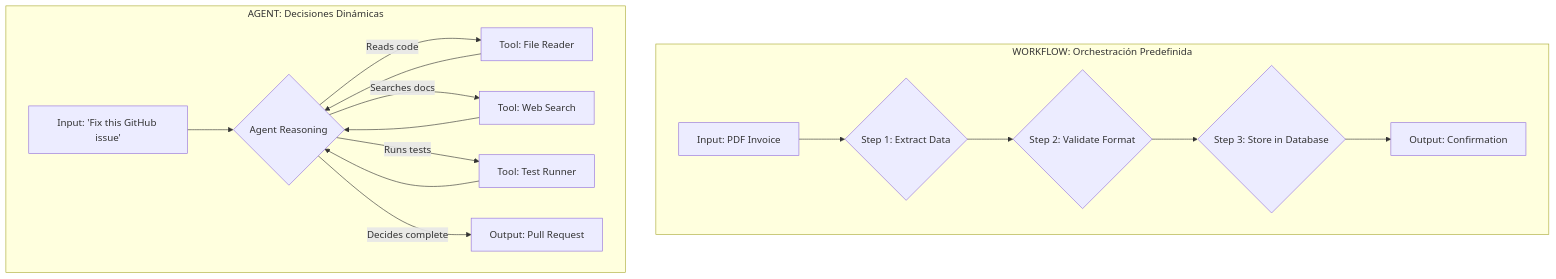
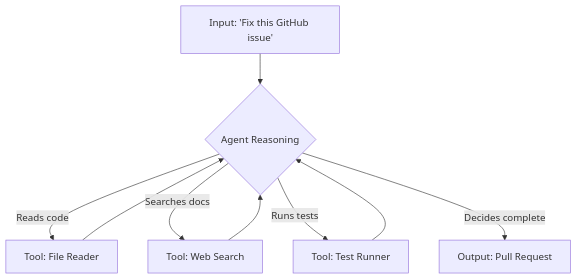
Before and after one commit to ign24/agents: the second of 22 diagrams in agent-systems-guide-jan2026.md, drawn with Mermaid. The commit also changed other lines of this file, not shown here.

Commit message:
Dividir diagrama Workflows vs Agents en dos grÃ¡ficos

````diff
--- a/agent-systems-guide-jan2026.md
+++ b/agent-systems-guide-jan2026.md
@@ -68,20 +80,11 @@
 ```mermaid
 graph TB
-    subgraph "WORKFLOW: Orchestración Predefinida"
-        W1[Input: PDF Invoice] --> W2{Step 1: Extract Data}
-        W2 --> W3{Step 2: Validate Format}
-        W3 --> W4{Step 3: Store in Database}
-        W4 --> W5[Output: Confirmation]
-    end
-    
-    subgraph "AGENT: Decisiones Dinámicas"
-        A1[Input: 'Fix this GitHub issue'] --> A2{Agent Reasoning}
-        A2 -->|Reads code| T1[Tool: File Reader]
-        T1 --> A2
-        A2 -->|Searches docs| T2[Tool: Web Search]
-        T2 --> A2
-        A2 -->|Runs tests| T3[Tool: Test Runner]
-        T3 --> A2
-        A2 -->|Decides complete| A3[Output: Pull Request]
-    end
+    A1[Input: 'Fix this GitHub issue'] --> A2{Agent Reasoning}
+    A2 -->|Reads code| T1[Tool: File Reader]
+    T1 --> A2
+    A2 -->|Searches docs| T2[Tool: Web Search]
+    T2 --> A2
+    A2 -->|Runs tests| T3[Tool: Test Runner]
+    T3 --> A2
+    A2 -->|Decides complete| A3[Output: Pull Request]
 ```
````
